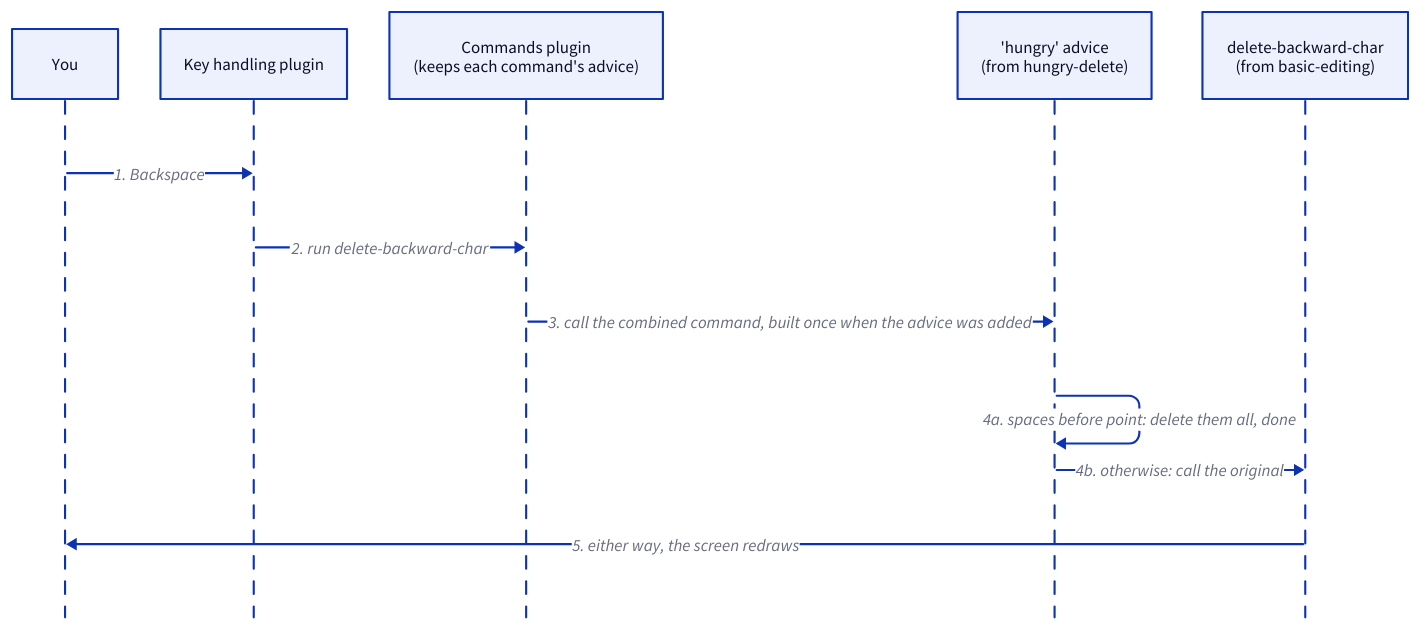
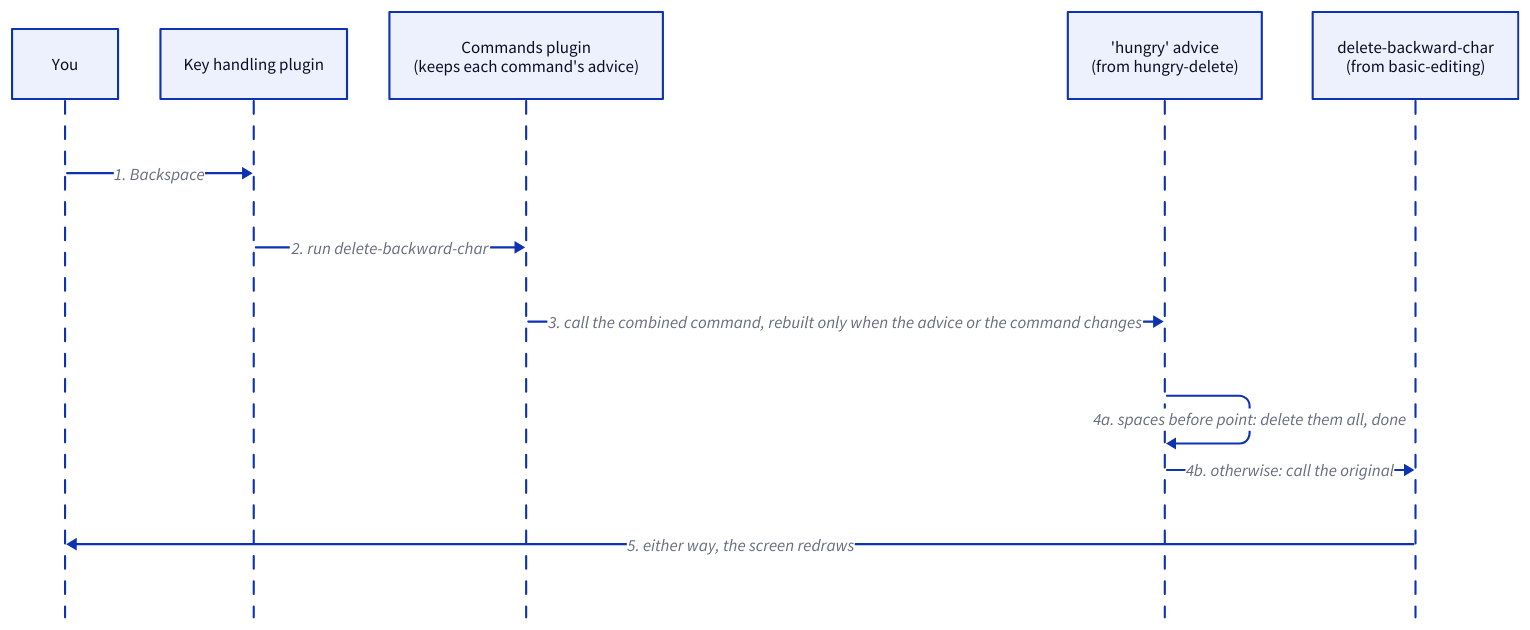
The diagram in docs/diagrams/advice-backspace.d2 (jaybonthius/tuna), drawn with D2 before and after one commit. The commit also changed 11 other files, not shown here.

First line of the commit message:
Record hooks and advice as built

```diff
--- a/docs/diagrams/advice-backspace.d2
+++ b/docs/diagrams/advice-backspace.d2
@@ -1,21 +1,21 @@
 # What happens when you press Backspace with the hungry-delete plugin on?
 vars: {
   d2-config: {
     layout-engine: dagre
     theme-id: 0
   }
 }
 shape: sequence_diagram
 
 you: "You"
 keys: "Key handling plugin"
 commands: "Commands plugin\n(keeps each command's advice)"
 hungry: "'hungry' advice\n(from hungry-delete)"
 original: "delete-backward-char\n(from basic-editing)"
 
 you -> keys: "1. Backspace"
 keys -> commands: "2. run delete-backward-char"
-commands -> hungry: "3. call the combined command, built once when the advice was added"
+commands -> hungry: "3. call the combined command, rebuilt only when the advice or the command changes"
 hungry -> hungry: "4a. spaces before point: delete them all, done"
 hungry -> original: "4b. otherwise: call the original"
 original -> you: "5. either way, the screen redraws"
```
